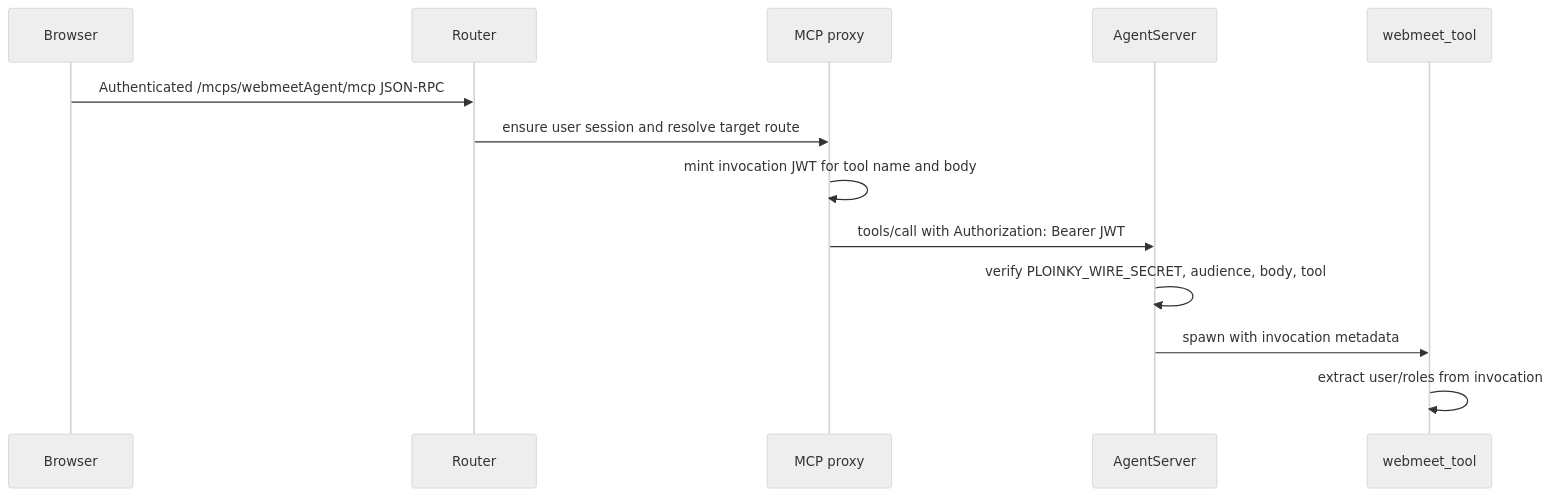
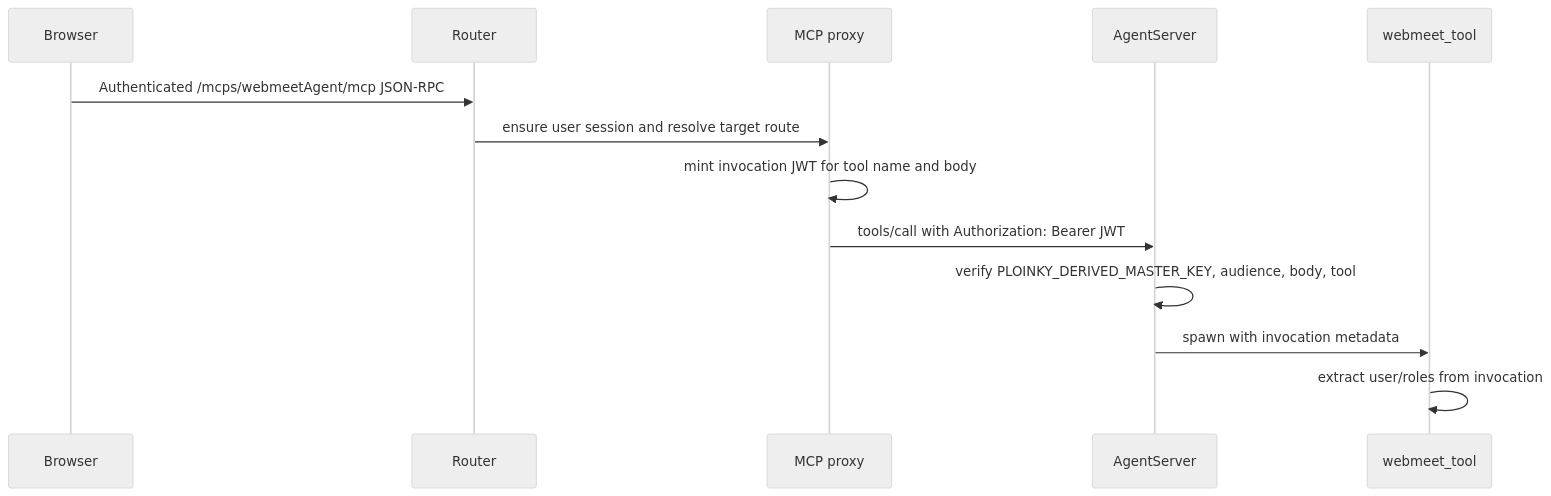
The tenth of 10 diagrams in docs/webmeet-infra-architecture.md (PloinkyRepos/AssistOSExplorer), drawn with Mermaid (neutral theme) before and after one commit. The commit also changed other lines of this file and 24 other files, not shown here.

Commit message:
Enforce derived master agent secrets

````diff
--- a/docs/webmeet-infra-architecture.md
+++ b/docs/webmeet-infra-architecture.md
@@ -467,16 +467,16 @@
 ```mermaid
 sequenceDiagram
     participant Browser
     participant Router
     participant Proxy as MCP proxy
     participant Agent as AgentServer
     participant Tool as webmeet_tool
 
     Browser->>Router: Authenticated /mcps/webmeetAgent/mcp JSON-RPC
     Router->>Proxy: ensure user session and resolve target route
     Proxy->>Proxy: mint invocation JWT for tool name and body
     Proxy->>Agent: tools/call with Authorization: Bearer JWT
-    Agent->>Agent: verify PLOINKY_WIRE_SECRET, audience, body, tool
+    Agent->>Agent: verify PLOINKY_DERIVED_MASTER_KEY, audience, body, tool
     Agent->>Tool: spawn with invocation metadata
     Tool->>Tool: extract user/roles from invocation
 ```
````
